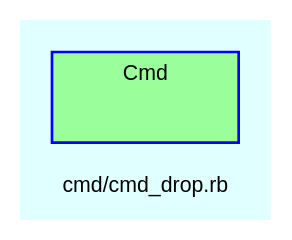
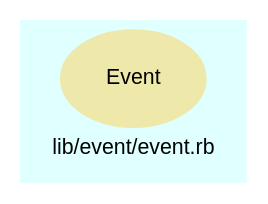
Before and after one commit to Tyche/teensymud: the diagram in doc/dot/f_34.dot, drawn with Graphviz. The commit also changed 215 other files, not shown here.

Commit message:
Renamed Incoming to Account and move to lib/game. Factored out Hamster, Event from tmud.rb to lib/event. Created EventManager class. Regened documentation.

```diff
--- a/doc/dot/f_34.dot
+++ b/doc/dot/f_34.dot
@@ -1,29 +1,22 @@
 digraph TopLevel {
     compound = true
     bgcolor = lightcyan1
     fontname = Arial
     fontsize = 8
-    label = "cmd/cmd_drop.rb"
+    label = "lib/event/event.rb"
     node [
         fontname = Arial,
         fontsize = 8,
         color = black
     ]
 
-    subgraph cluster_Cmd {
-        fillcolor = palegreen1
-        URL = "classes/Cmd.html"
-        fontname = Arial
-        color = blue
-        label = "Cmd"
-        style = filled
-        Cmd [
-            shape = plaintext,
-            height = 0.01,
-            width = 0.75,
-            label = ""
-        ]
-
-    }
+    Event [
+        fontcolor = black,
+        URL = "classes/Event.html",
+        shape = ellipse,
+        color = palegoldenrod,
+        style = filled,
+        label = "Event"
+    ]
 
 }
```
